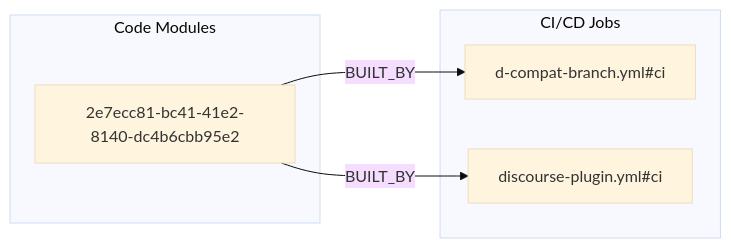
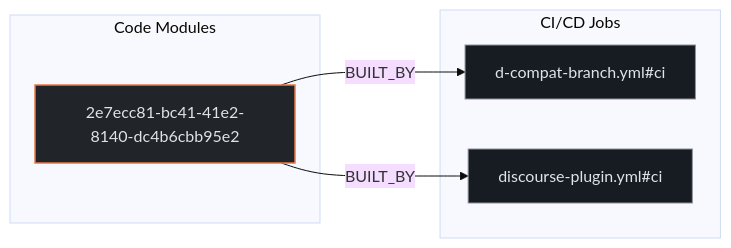
Before and after one commit to kumarshaz/atruss-code-atlas: the second of 3 diagrams in exports/latest/reports/discourse-discourse-activity-pub-report.md, drawn with Mermaid (base theme). The commit also changed other lines of this file and 331 other files, not shown here.

Commit message:
docs,ui,fix: update SDLC docs, reorder CI/CD DAG first, stylize Mermaid, and fix Arc42 pipeline topology

````diff
--- a/exports/latest/reports/discourse-discourse-activity-pub-report.md
+++ b/exports/latest/reports/discourse-discourse-activity-pub-report.md
@@ -209,12 +216,16 @@
 ```mermaid
 flowchart LR
+    classDef atlasCategory fill:#212428,stroke:#E87A48,stroke-width:1.5px,color:#dfe3eb
+    classDef atlasWorkflow fill:#1b2026,stroke:#a3c9ff,stroke-width:1.5px,color:#dfe3eb
+    classDef atlasJob fill:#171c22,stroke:#8d9199,stroke-width:1px,color:#dfe3eb
+    classDef atlasTarget fill:#005227,stroke:#8bd99b,stroke-width:1.5px,color:#a7f6b6
     subgraph code_modules["Code Modules"]
-        mod_2e7ecc81_bc41_41e2_8140_dc4b6cbb95e2["2e7ecc81-bc41-41e2-8140-dc4b6cbb95e2"]
+        mod_2e7ecc81_bc41_41e2_8140_dc4b6cbb95e2["2e7ecc81-bc41-41e2-8140-dc4b6cbb95e2"]:::atlasCategory
     end
     subgraph ci_jobs["CI/CD Jobs"]
-        job_d_compat_branch_yml_ci["d-compat-branch.yml#ci"]
-        job_discourse_plugin_yml_ci["discourse-plugin.yml#ci"]
+        job_d_compat_branch_yml_ci["d-compat-branch.yml#ci"]:::atlasJob
+        job_discourse_plugin_yml_ci["discourse-plugin.yml#ci"]:::atlasJob
     end
     mod_2e7ecc81_bc41_41e2_8140_dc4b6cbb95e2 -->|BUILT_BY| job_d_compat_branch_yml_ci
     mod_2e7ecc81_bc41_41e2_8140_dc4b6cbb95e2 -->|BUILT_BY| job_discourse_plugin_yml_ci
 ```
````
